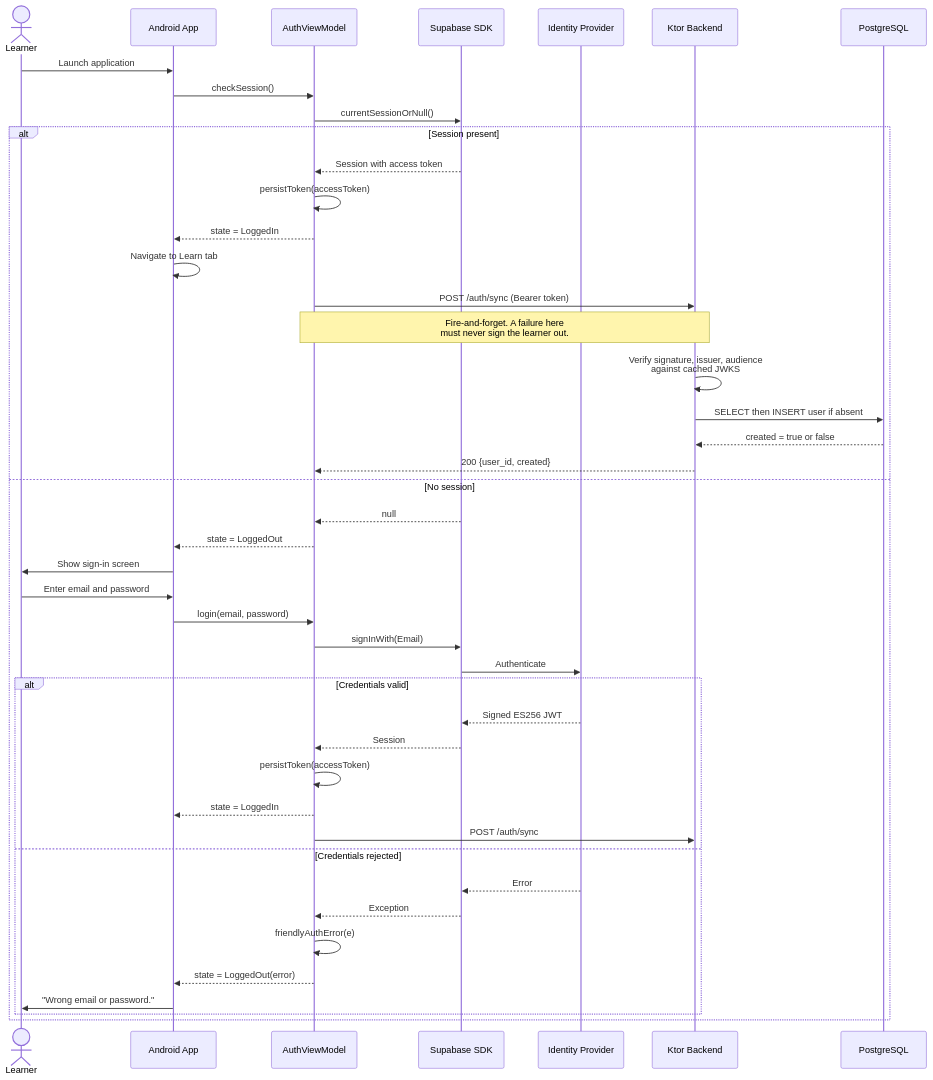
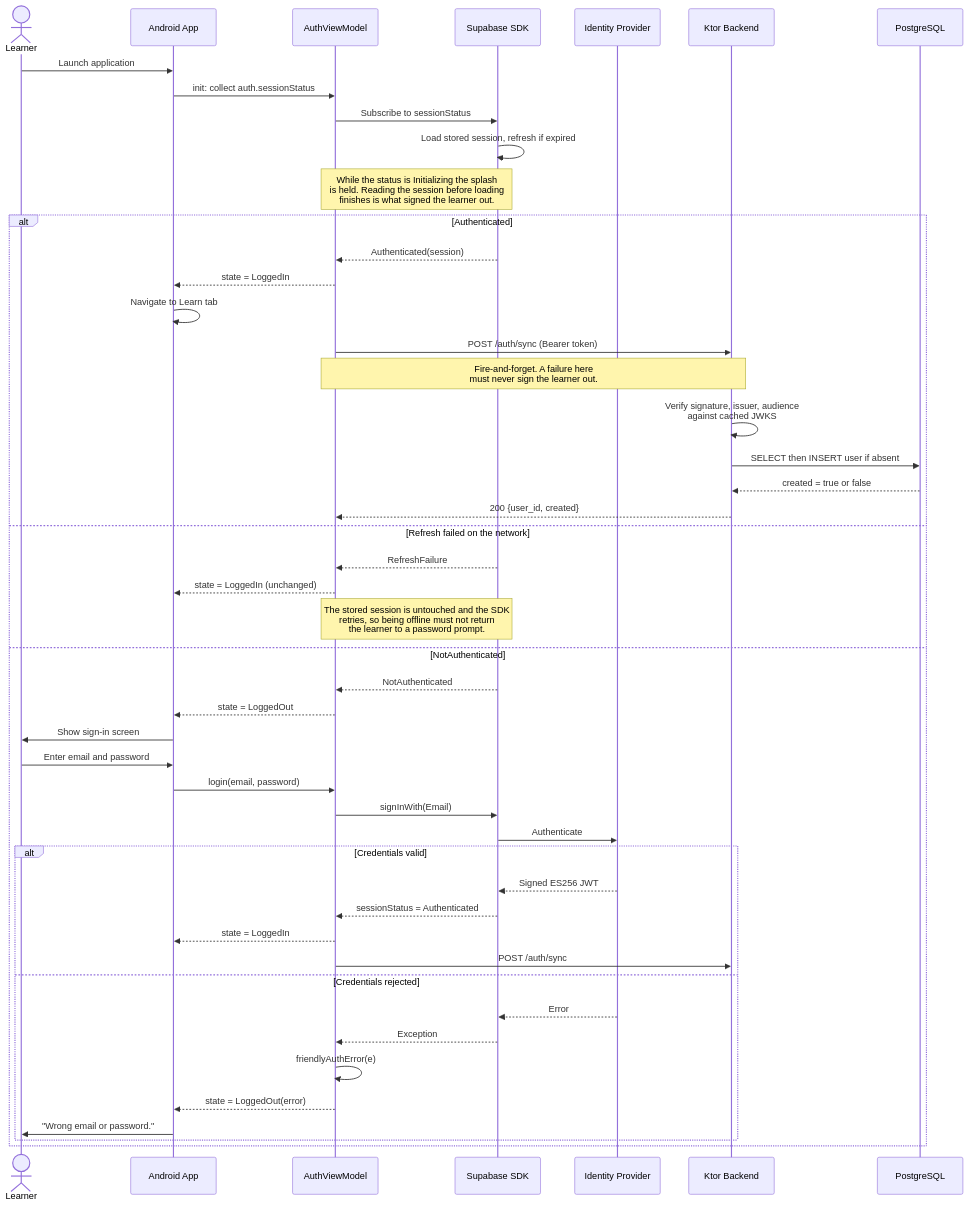
The ninth of 20 diagrams in docs/GRADUATION_REPORT.md (Abdalrahman-py/bayaan), drawn with Mermaid before and after one commit. The commit also changed other lines of this file and 1 other file, not shown here.

Commit message:
docs(docs): correct auth session storage and startup flow
The report and codebase map described a `supabase_session` shared-preferences
file written by `AuthViewModel.persistToken()`, and a `checkSession()` call at
launch. Neither matches how the session is actually stored or restored:

- supabase-kt 3.1.4 persists the session itself via SettingsSessionManager,
  into the default shared-preferences file under `sb-<url>-session`. Every
  token read in the app goes through `currentSessionOrNull()`.
- Signed-in state comes from collecting the SDK's `sessionStatus` flow, not
  from a one-shot session poll.

Updates the two storage passages, the AuthViewModel class diagram, the Figure 9
sequence diagram (including the previously undocumented RefreshFailure branch),
its caption, and the CODEBASE_MAP entry.

The allowBackup=false argument is unchanged and still holds for the SDK's file.

Docs only. The corresponding AuthViewModel change is uncommitted in the
working tree, entangled with an in-flight refactor of the same file.

````diff
--- a/docs/GRADUATION_REPORT.md
+++ b/docs/GRADUATION_REPORT.md
@@ -1866,47 +1866,51 @@
 ```mermaid
 sequenceDiagram
     actor L as Learner
     participant App as Android App
     participant AVM as AuthViewModel
     participant SDK as Supabase SDK
     participant IdP as Identity Provider
     participant BE as Ktor Backend
     participant DB as PostgreSQL
 
     L->>App: Launch application
-    App->>AVM: checkSession()
-    AVM->>SDK: currentSessionOrNull()
-    alt Session present
-        SDK-->>AVM: Session with access token
-        AVM->>AVM: persistToken(accessToken)
+    App->>AVM: init: collect auth.sessionStatus
+    AVM->>SDK: Subscribe to sessionStatus
+    SDK->>SDK: Load stored session, refresh if expired
+    Note over AVM,SDK: While the status is Initializing the splash<br/>is held. Reading the session before loading<br/>finishes is what signed the learner out.
+    alt Authenticated
+        SDK-->>AVM: Authenticated(session)
         AVM-->>App: state = LoggedIn
         App->>App: Navigate to Learn tab
         AVM->>BE: POST /auth/sync (Bearer token)
         Note over AVM,BE: Fire-and-forget. A failure here<br/>must never sign the learner out.
         BE->>BE: Verify signature, issuer, audience<br/>against cached JWKS
         BE->>DB: SELECT then INSERT user if absent
         DB-->>BE: created = true or false
         BE-->>AVM: 200 {user_id, created}
-    else No session
-        SDK-->>AVM: null
+    else Refresh failed on the network
+        SDK-->>AVM: RefreshFailure
+        AVM-->>App: state = LoggedIn (unchanged)
+        Note over AVM,SDK: The stored session is untouched and the SDK<br/>retries, so being offline must not return<br/>the learner to a password prompt.
+    else NotAuthenticated
+        SDK-->>AVM: NotAuthenticated
         AVM-->>App: state = LoggedOut
         App->>L: Show sign-in screen
         L->>App: Enter email and password
         App->>AVM: login(email, password)
         AVM->>SDK: signInWith(Email)
         SDK->>IdP: Authenticate
         alt Credentials valid
             IdP-->>SDK: Signed ES256 JWT
-            SDK-->>AVM: Session
-            AVM->>AVM: persistToken(accessToken)
+            SDK-->>AVM: sessionStatus = Authenticated
             AVM-->>App: state = LoggedIn
             AVM->>BE: POST /auth/sync
         else Credentials rejected
             IdP-->>SDK: Error
             SDK-->>AVM: Exception
             AVM->>AVM: friendlyAuthError(e)
             AVM-->>App: state = LoggedOut(error)
             App->>L: "Wrong email or password."
         end
     end
 ```
````
